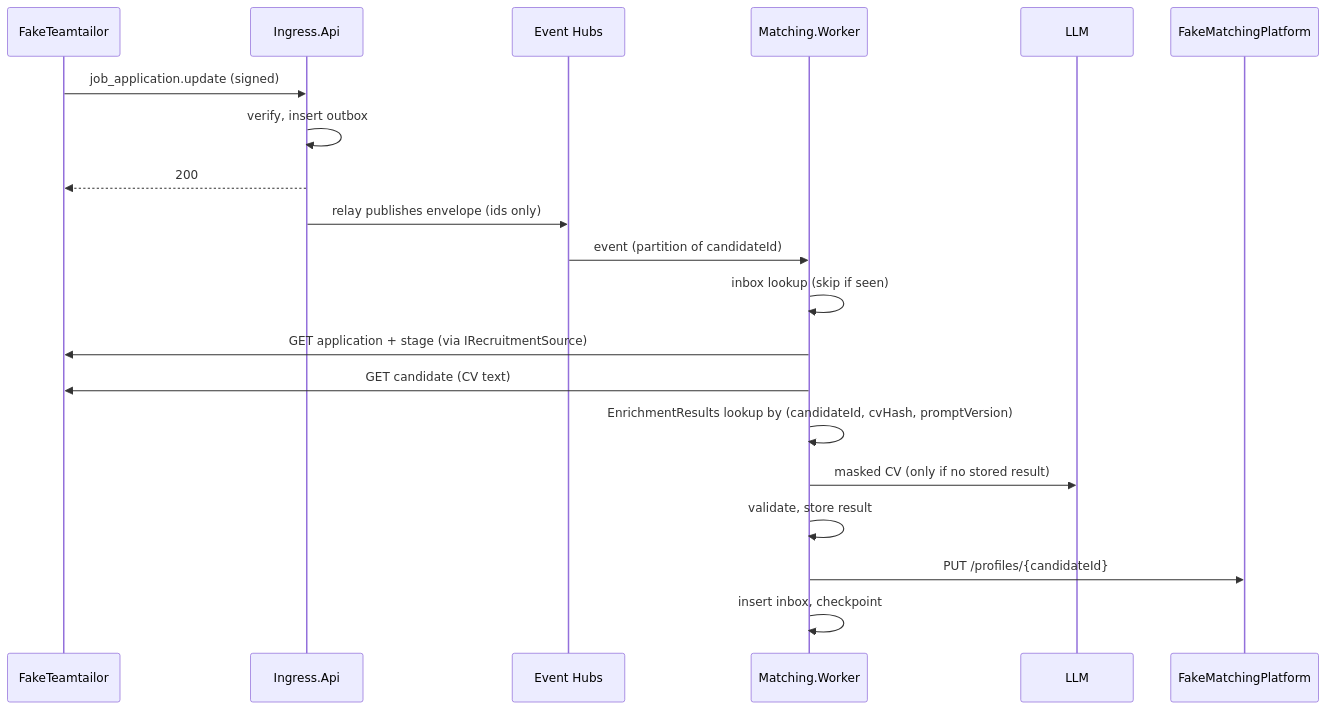
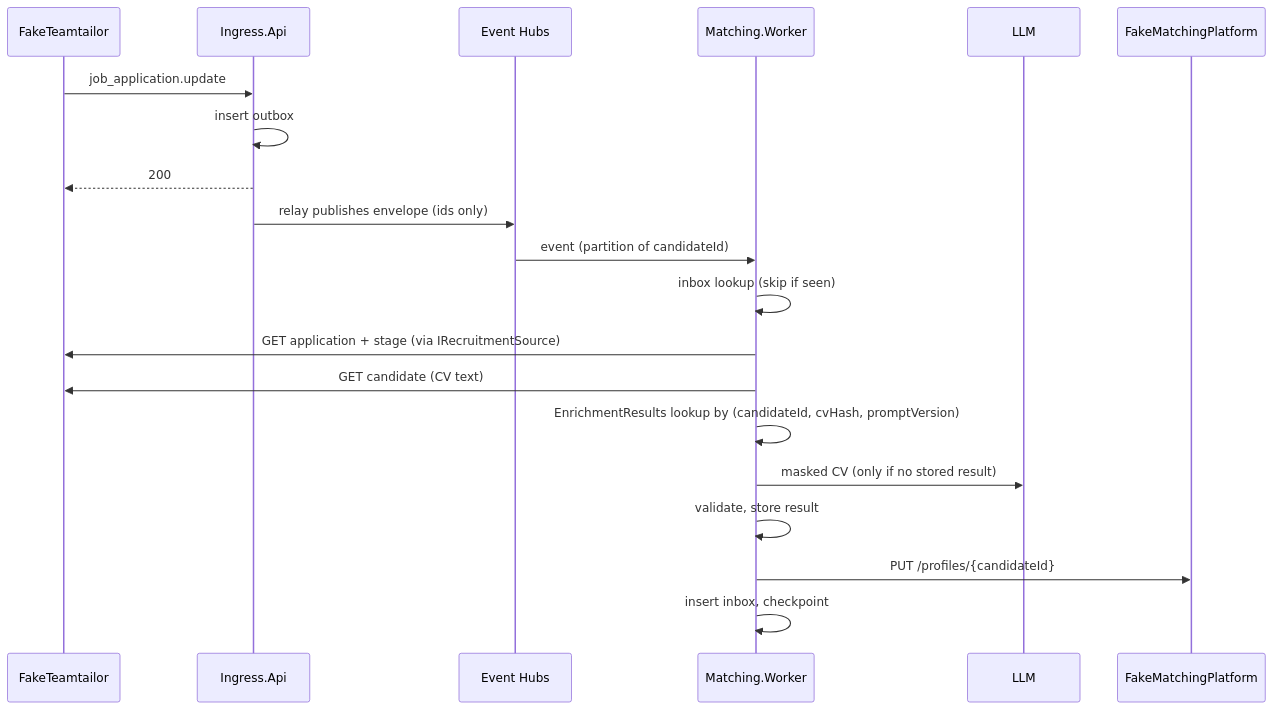
One commit to wcislom/TalentSync changed the second of 3 diagrams in docs/diagrams.md. Above: the diagram before and after it, drawn with Mermaid. The commit also changed 3 other files, not shown here.

````diff
--- a/docs/diagrams.md
+++ b/docs/diagrams.md
@@ -50,22 +50,22 @@
 ```mermaid
 sequenceDiagram
   participant TT as FakeTeamtailor
   participant IN as Ingress.Api
   participant EH as Event Hubs
   participant MW as Matching.Worker
   participant LLM
   participant MP as FakeMatchingPlatform
-  TT->>IN: job_application.update (signed)
-  IN->>IN: verify, insert outbox
+  TT->>IN: job_application.update
+  IN->>IN: insert outbox
   IN-->>TT: 200
   IN->>EH: relay publishes envelope (ids only)
   EH->>MW: event (partition of candidateId)
   MW->>MW: inbox lookup (skip if seen)
   MW->>TT: GET application + stage (via IRecruitmentSource)
   MW->>TT: GET candidate (CV text)
   MW->>MW: EnrichmentResults lookup by (candidateId, cvHash, promptVersion)
   MW->>LLM: masked CV (only if no stored result)
   MW->>MW: validate, store result
   MW->>MP: PUT /profiles/{candidateId}
   MW->>MW: insert inbox, checkpoint
 ```
````
